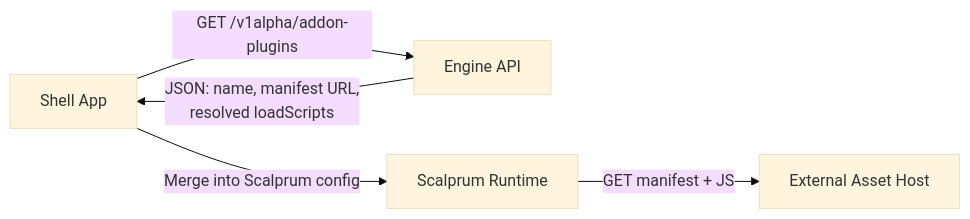
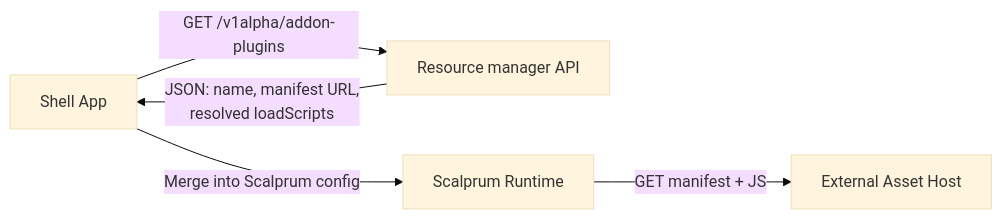
Before and after one commit to fleetshift/fleetshift-poc: the fourth of 11 diagrams in docs/design/addon-ui-architecture.md, drawn with Mermaid (base theme). The commit also changed other lines of this file and 15 other files, not shown here.

Commit message:
Clarify fleetlet responsibilities and align architecture terminology

````diff
--- a/docs/design/addon-ui-architecture.md
+++ b/docs/design/addon-ui-architecture.md
@@ -318,7 +321,7 @@
 ```mermaid
 graph LR
-    SHELL["Shell App"] -->|"GET /v1alpha/addon-plugins"| ENGINE["Engine API"]
-    ENGINE -->|"JSON: name, manifest URL,<br/>resolved loadScripts"| SHELL
+    SHELL["Shell App"] -->|"GET /v1alpha/addon-plugins"| RM["Resource manager API"]
+    RM -->|"JSON: name, manifest URL,<br/>resolved loadScripts"| SHELL
     SHELL -->|"Merge into Scalprum config"| SCALPRUM["Scalprum Runtime"]
     SCALPRUM -->|"GET manifest + JS"| CDN["External Asset Host"]
 ```
````
